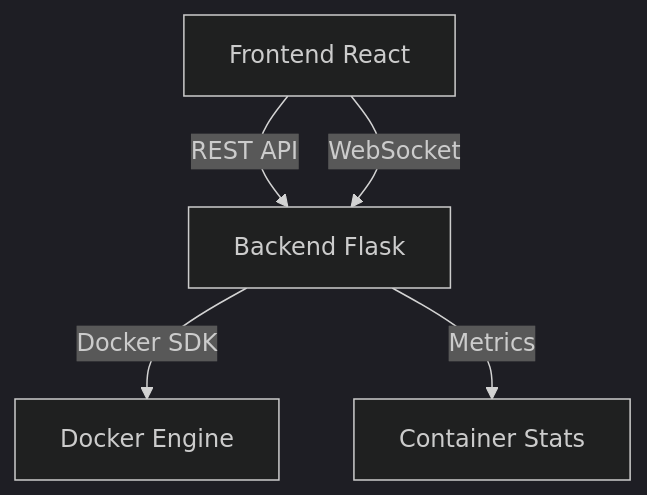
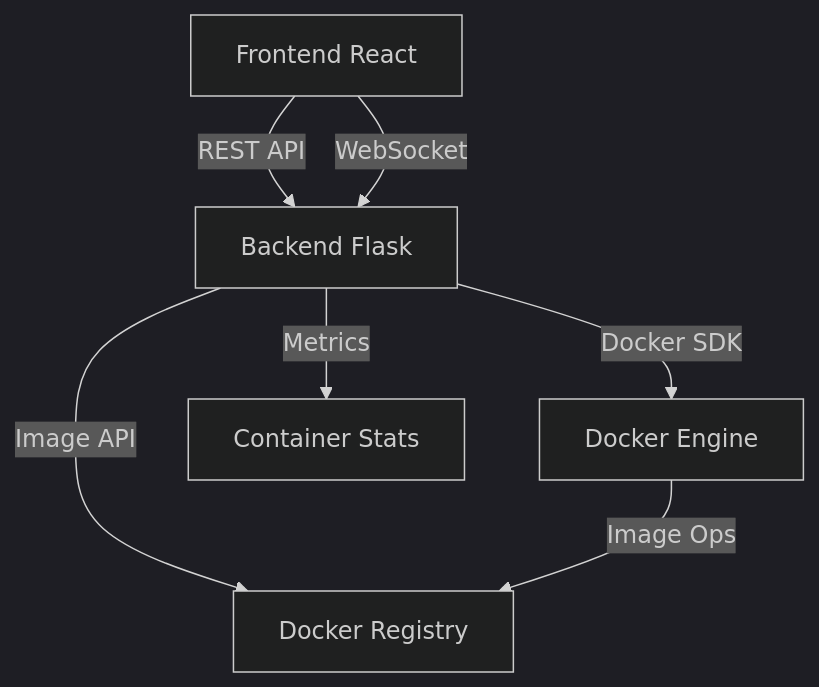
Before and after one commit to kik369/docker-web-interface: the diagram in README.md, drawn with Mermaid (dark theme). The commit also changed other lines of this file, not shown here.

First line of the commit message:
docs: Update README with Docker image management features and project roadmap

````diff
--- a/README.md
+++ b/README.md
@@ -33,7 +40,9 @@
 ```mermaid
 graph TD
     A[Frontend React] -->|REST API| B[Backend Flask]
     A -->|WebSocket| B
     B -->|Docker SDK| C[Docker Engine]
     B -->|Metrics| D[Container Stats]
+    B -->|Image API| E[Docker Registry]
+    C -->|Image Ops| E
 ```
````
